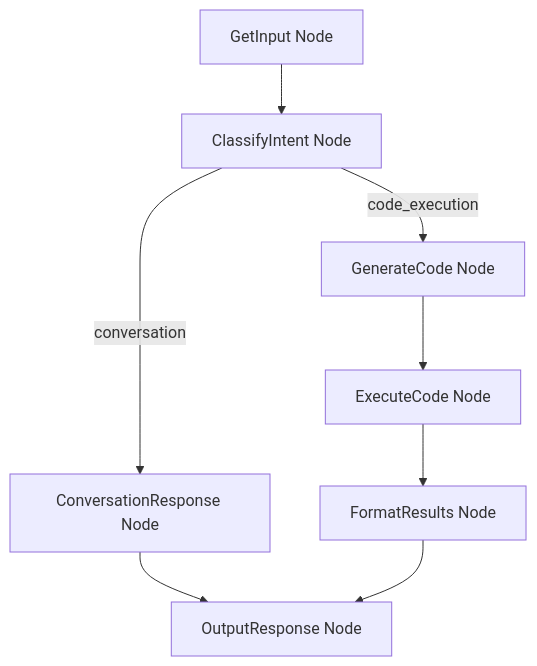
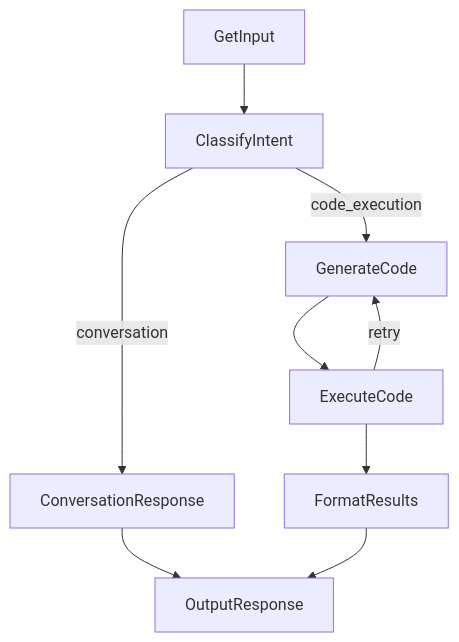
The diagram in utils/docs/design.md (fcela/analytical-chatbot-example), drawn with Mermaid before and after one commit. The commit also changed other lines of this file and 18 other files, not shown here.

````diff
--- a/utils/docs/design.md
+++ b/utils/docs/design.md
@@ -40,10 +46,11 @@
 ```mermaid
 flowchart TD
-    input[GetInput Node] --> classify[ClassifyIntent Node]
-    classify -->|conversation| respond[ConversationResponse Node]
-    classify -->|code_execution| generate[GenerateCode Node]
-    generate --> execute[ExecuteCode Node]
-    execute --> format[FormatResults Node]
-    respond --> output[OutputResponse Node]
+    input[GetInput] --> classify[ClassifyIntent]
+    classify -->|conversation| respond[ConversationResponse]
+    classify -->|code_execution| generate[GenerateCode]
+    generate --> execute[ExecuteCode]
+    execute -->|retry| generate
+    execute --> format[FormatResults]
+    respond --> output[OutputResponse]
     format --> output
 ```
````
